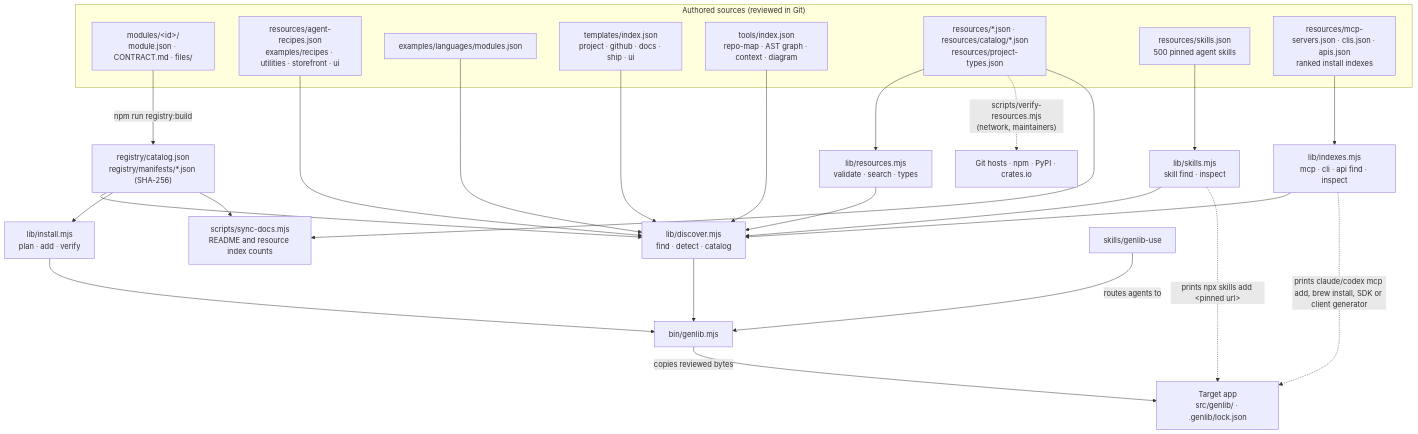
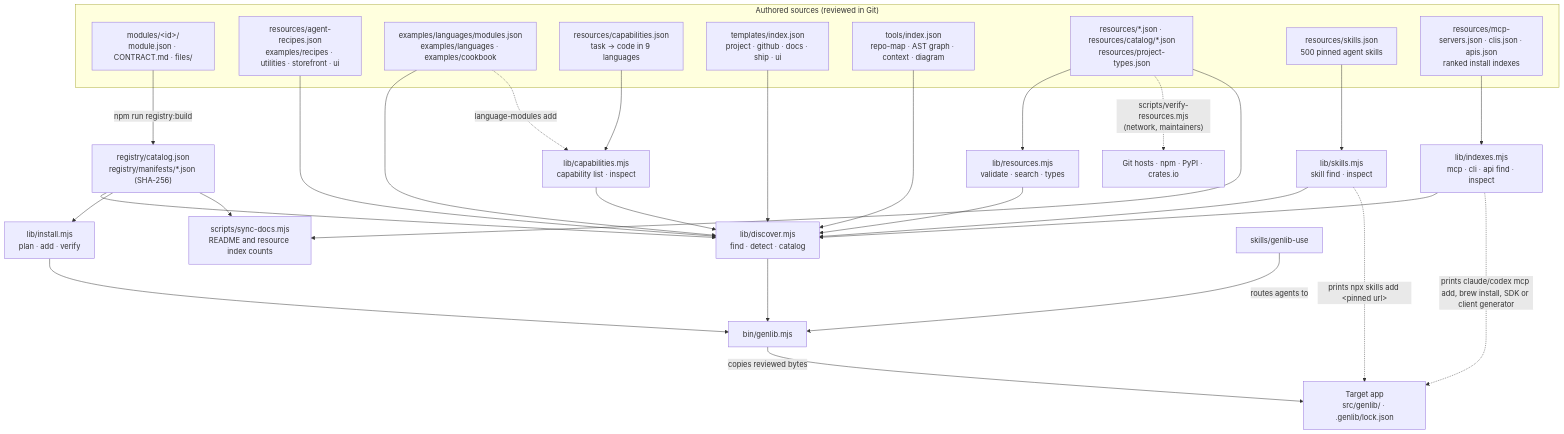
The diagram in docs/architecture.md (athompson83/genlib), drawn with Mermaid before and after one commit. The commit also changed other lines of this file and 74 other files, not shown here.

First line of the commit message:
Add capability index, genlib capability command and DOCX/sanitization cookbook

````diff
--- a/docs/architecture.md
+++ b/docs/architecture.md
@@ -7,30 +7,33 @@
 ```mermaid
 flowchart TB
   subgraph Authored["Authored sources (reviewed in Git)"]
     MOD["modules/&lt;id&gt;/<br/>module.json · CONTRACT.md · files/"]
     REC["resources/agent-recipes.json<br/>examples/recipes · utilities · storefront · ui"]
-    LANG["examples/languages/modules.json"]
+    LANG["examples/languages/modules.json<br/>examples/languages · examples/cookbook"]
+    CAP["resources/capabilities.json<br/>task → code in 9 languages"]
     TPL["templates/index.json<br/>project · github · docs · ship · ui"]
     TOOLIDX["tools/index.json<br/>repo-map · AST graph · context · diagram"]
     RES["resources/*.json · resources/catalog/*.json<br/>resources/project-types.json"]
     SKL["resources/skills.json<br/>500 pinned agent skills"]
     IDX["resources/mcp-servers.json · clis.json · apis.json<br/>ranked install indexes"]
   end
   MOD -- "npm run registry:build" --> REG["registry/catalog.json<br/>registry/manifests/*.json (SHA-256)"]
   REG --> DISC["lib/discover.mjs<br/>find · detect · catalog"]
   REC --> DISC
   LANG --> DISC
+  CAP --> CAPLIB["lib/capabilities.mjs<br/>capability list · inspect"] --> DISC
+  LANG -. "language-modules add" .-> CAPLIB
   TPL --> DISC
   TOOLIDX --> DISC
   SKL --> SKLIB["lib/skills.mjs<br/>skill find · inspect"] --> DISC
   IDX --> IDXLIB["lib/indexes.mjs<br/>mcp · cli · api find · inspect"] --> DISC
   RES --> RESLIB["lib/resources.mjs<br/>validate · search · types"] --> DISC
   DISC --> CLI["bin/genlib.mjs"]
   REG --> INST["lib/install.mjs<br/>plan · add · verify"] --> CLI
   CLI -- "copies reviewed bytes" --> APP
   SKLIB -. "prints npx skills add &lt;pinned url&gt;" .-> APP
   IDXLIB -. "prints claude/codex mcp add, brew install, SDK or client generator" .-> APP["Target app<br/>src/genlib/ · .genlib/lock.json"]
   RES -. "scripts/verify-resources.mjs<br/>(network, maintainers)" .-> NET["Git hosts · npm · PyPI · crates.io"]
   REG & RES --> DOCS["scripts/sync-docs.mjs<br/>README and resource index counts"]
   SKILL["skills/genlib-use"] -- "routes agents to" --> CLI
 ```
````
